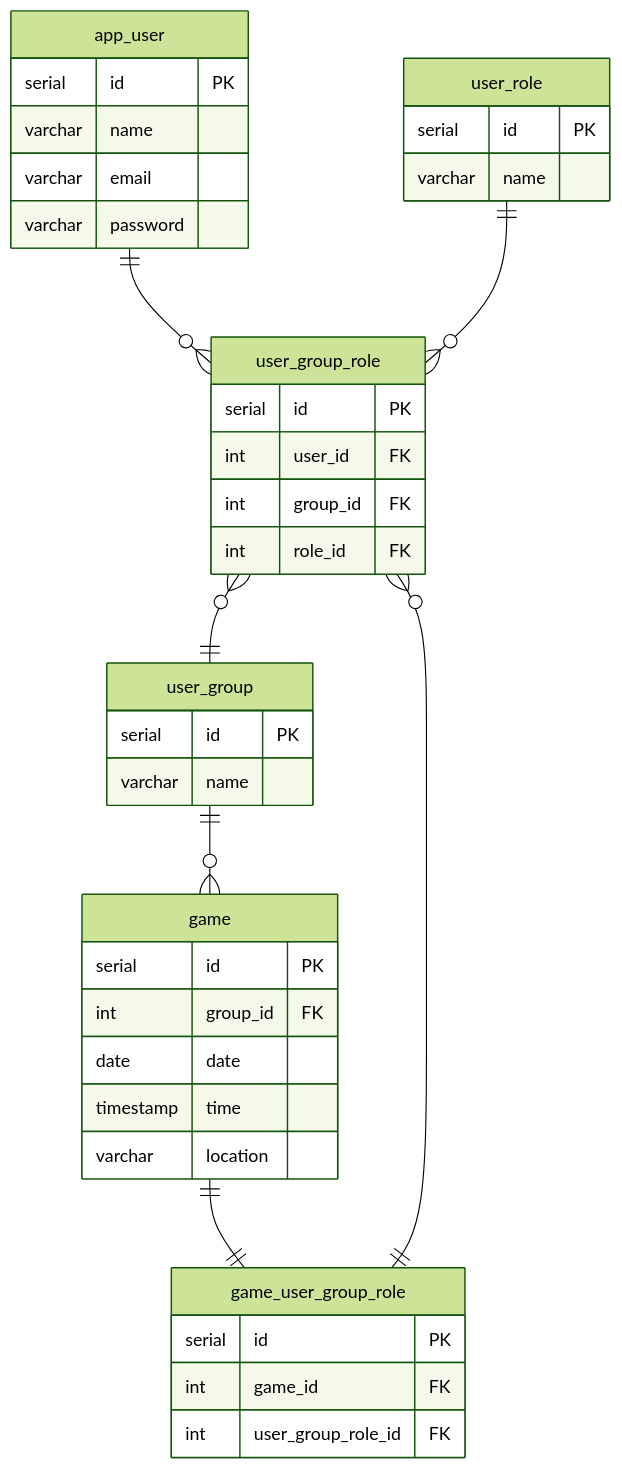
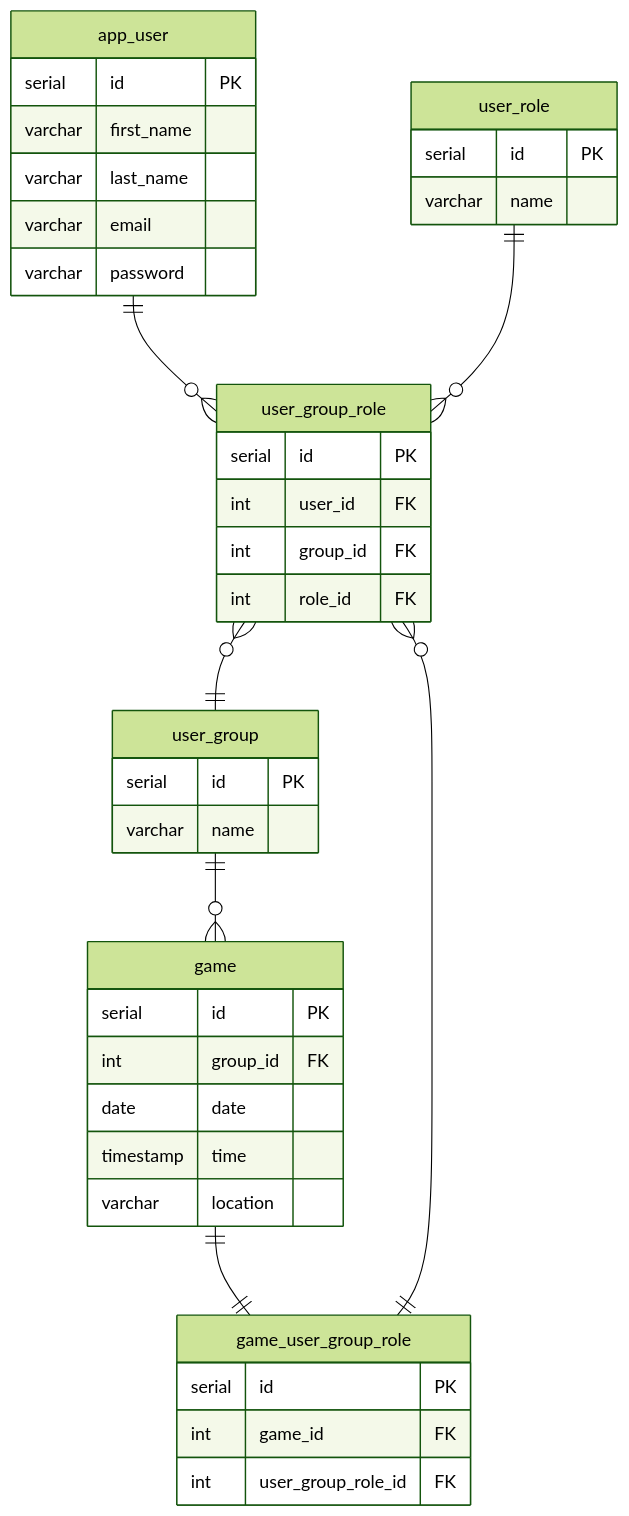
One commit to MichaelM9/5-A-Side-Organiser changed the second of 2 diagrams in README.md. Above: the diagram before and after it, drawn with Mermaid (forest theme). The commit also changed other lines of this file and 2 other files, not shown here.

````diff
--- a/README.md
+++ b/README.md
@@ -49,42 +49,43 @@
 ```mermaid
 erDiagram
 app_user ||--o{ user_group_role : ""
 user_role ||--o{ user_group_role: ""
 user_group_role }o--|| user_group : ""
 user_group ||--o{ game : ""
 game ||--|| game_user_group_role : ""
 user_group_role }o--|| game_user_group_role : ""
 
 app_user {
     serial id PK
-    varchar name
+    varchar first_name
+    varchar last_name
     varchar email
     varchar password
 }
 user_role {
     serial id PK
     varchar name
 }
 user_group_role {
     serial id PK
     int user_id FK
     int group_id FK
     int role_id FK
 }
 user_group {
     serial id PK
     varchar name
 }
 game {
     serial id PK
     int group_id FK
     date date
     timestamp time
     varchar location
 }
 game_user_group_role {
     serial id PK
     int game_id FK
     int user_group_role_id FK
 }
 ```
````
